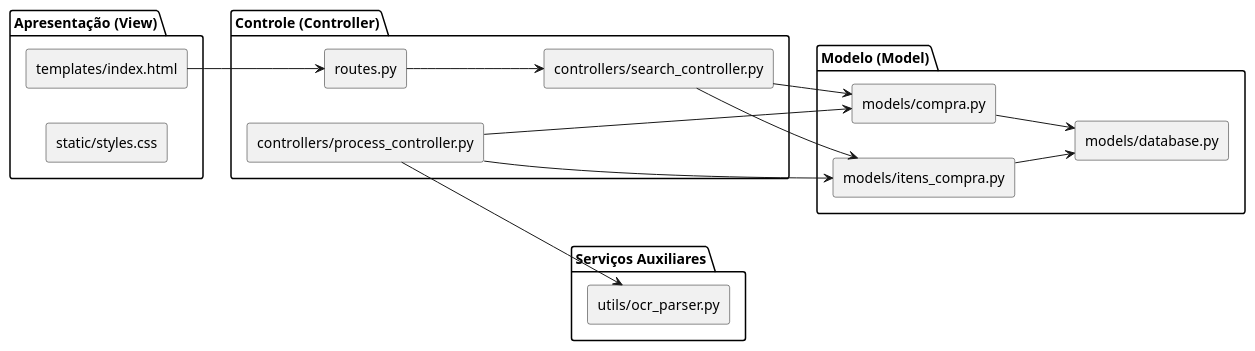
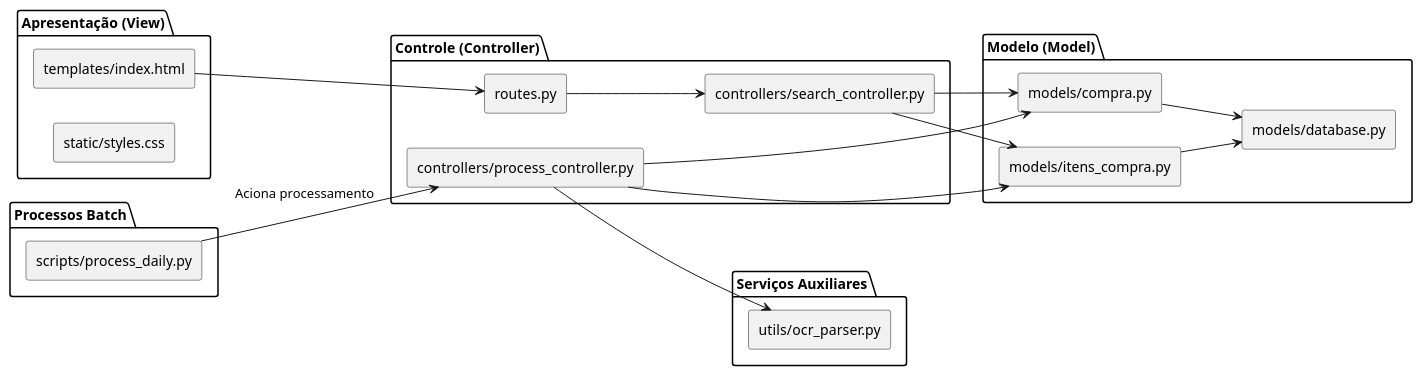
One commit to brunoropacheco/Historico_Mercado changed the diagram in docs/diagrama_mvc.plantuml. Above: the diagram before and after it, drawn with PlantUML. The commit also changed 5 other files, not shown here.

```diff
--- a/docs/diagrama_mvc.plantuml
+++ b/docs/diagrama_mvc.plantuml
@@ -1,36 +1,43 @@
 @startuml diagrama_mvc
 skinparam componentStyle rectangle
 left to right direction
 
 package "Apresentação (View)" {
   [templates/index.html]
   [static/styles.css]
 }
 
 package "Controle (Controller)" {
   [routes.py]
   [controllers/process_controller.py]
   [controllers/search_controller.py]
 }
 
 package "Modelo (Model)" {
   [models/database.py]
   [models/compra.py]
   [models/itens_compra.py]
 }
 
 package "Serviços Auxiliares" {
   [utils/ocr_parser.py]
 }
 
+package "Processos Batch" {
+  [scripts/process_daily.py]
+}
+
 ' Fluxos
 [templates/index.html] --> [routes.py] 
 [routes.py] --> [controllers/search_controller.py]
+
+[scripts/process_daily.py] --> [controllers/process_controller.py] : Aciona processamento
+
 [controllers/process_controller.py] --> [utils/ocr_parser.py]
 [controllers/process_controller.py] --> [models/compra.py]
 [controllers/process_controller.py] --> [models/itens_compra.py]
 [controllers/search_controller.py] --> [models/compra.py]
 [controllers/search_controller.py] --> [models/itens_compra.py]
 [models/compra.py] --> [models/database.py]
 [models/itens_compra.py] --> [models/database.py]
 @enduml
```
